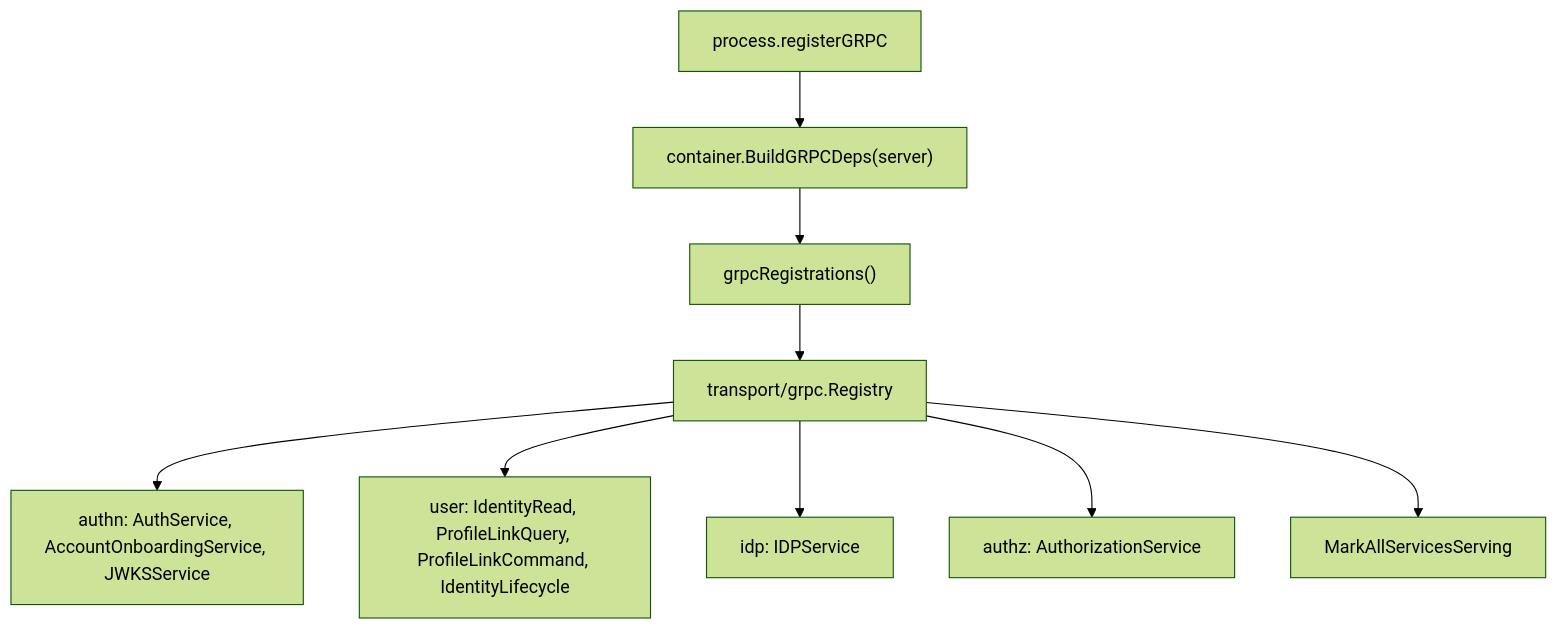
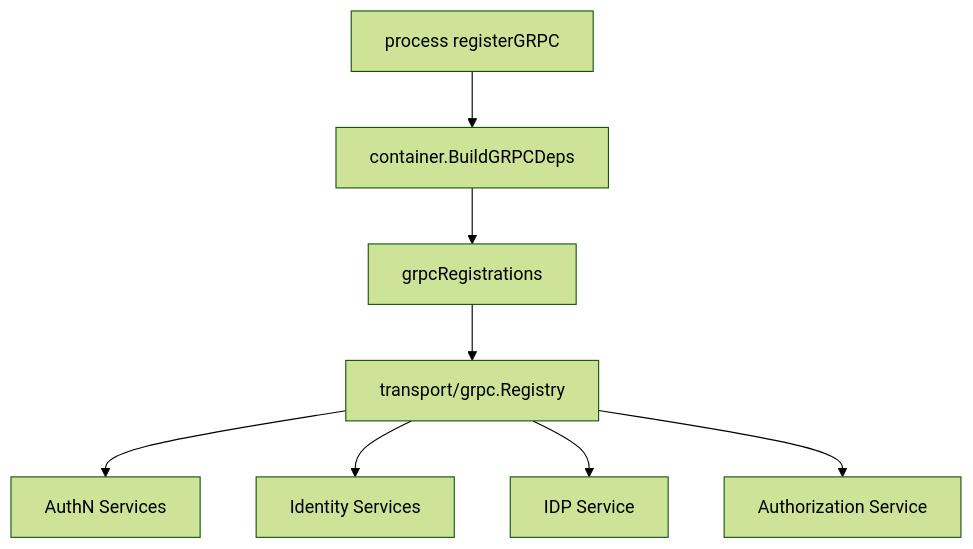
The sixth of 11 diagrams in docs/00-概览/01-系统架构总览.md (FangcunMount/iam), drawn with Mermaid (forest theme) before and after one commit. The commit also changed other lines of this file and 11 other files, not shown here.

````diff
--- a/docs/00-概览/01-系统架构总览.md
+++ b/docs/00-概览/01-系统架构总览.md
@@ -228,21 +382,19 @@
 ```mermaid
 flowchart TD
-    Process["process.registerGRPC"]
-    BuildDeps["container.BuildGRPCDeps(server)"]
-    Registrations["grpcRegistrations()"]
+    Process["process registerGRPC"]
+    BuildDeps["container.BuildGRPCDeps"]
+    Registrations["grpcRegistrations"]
     Registry["transport/grpc.Registry"]
-    AuthN["authn: AuthService, AccountOnboardingService, JWKSService"]
-    User["user: IdentityRead, ProfileLinkQuery, ProfileLinkCommand, IdentityLifecycle"]
-    IDP["idp: IDPService"]
-    AuthZ["authz: AuthorizationService"]
-    Serving["MarkAllServicesServing"]
+    AuthN["AuthN Services"]
+    User["Identity Services"]
+    IDP["IDP Service"]
+    AuthZ["Authorization Service"]
 
     Process --> BuildDeps
     BuildDeps --> Registrations
     Registrations --> Registry
     Registry --> AuthN
     Registry --> User
     Registry --> IDP
     Registry --> AuthZ
-    Registry --> Serving
 ```
````
